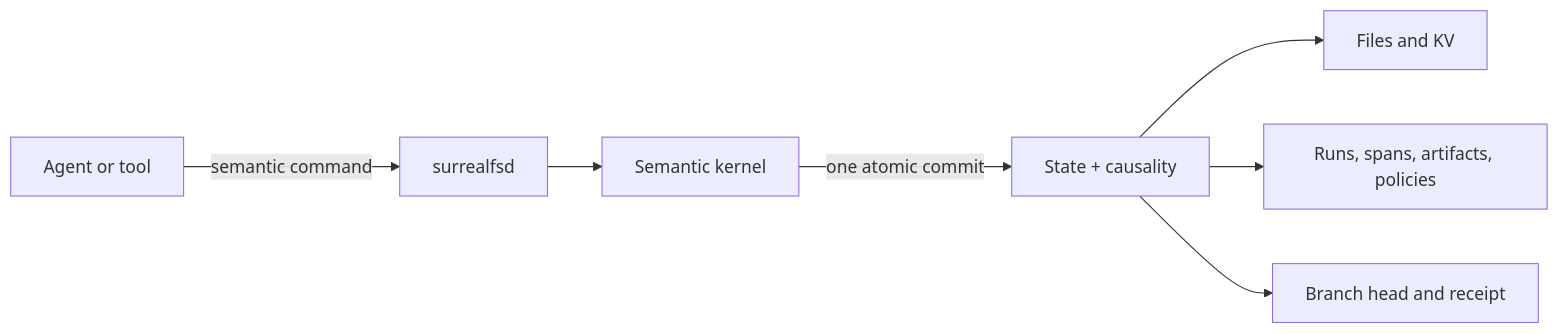
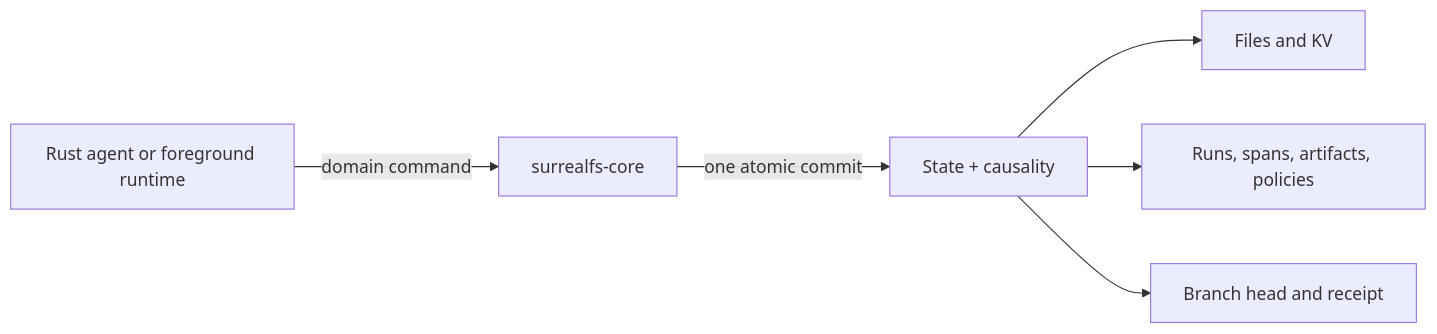
One commit to surrealdb-dev/surrealfs changed the first of 4 diagrams in PITCH.md. Above: the diagram before and after it, drawn with Mermaid. The commit also changed other lines of this file and 121 other files, not shown here.

````diff
--- a/PITCH.md
+++ b/PITCH.md
@@ -56,9 +63,8 @@
 ```mermaid
 flowchart LR
-    A["Agent or tool"] -->|"semantic command"| D["surrealfsd"]
-    D --> K["Semantic kernel"]
+    A["Rust agent or foreground runtime"] -->|"domain command"| K["surrealfs-core"]
     K -->|"one atomic commit"| S["State + causality"]
     S --> F["Files and KV"]
     S --> G["Runs, spans, artifacts, policies"]
     S --> H["Branch head and receipt"]
 ```
````
